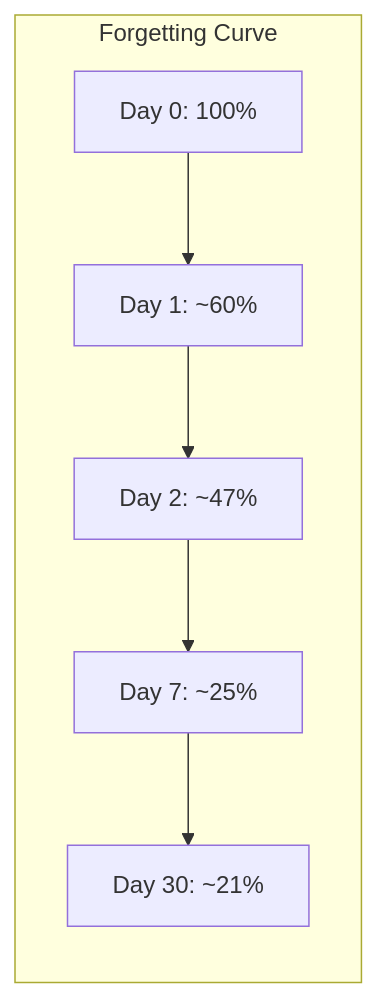
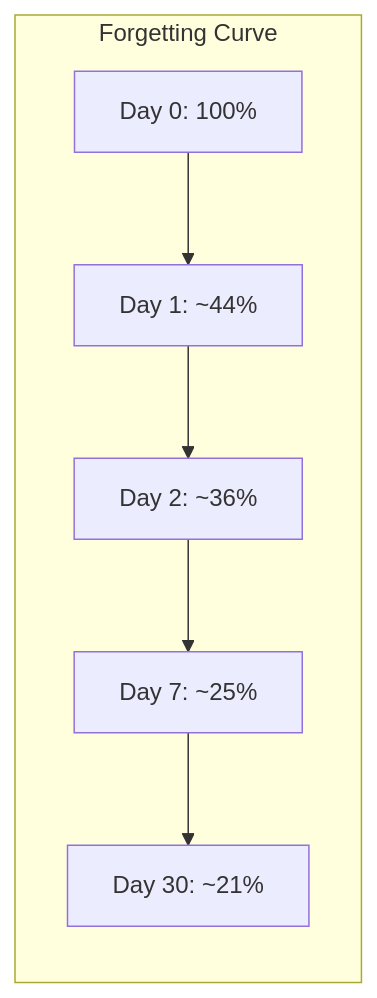
The second of 3 diagrams in learning-theories/modules/04-forgetting-curve/lesson.md (adamaiken89/course-content), drawn with Mermaid before and after one commit. The commit also changed other lines of this file and 126 other files, not shown here.

````diff
--- a/learning-theories/modules/04-forgetting-curve/lesson.md
+++ b/learning-theories/modules/04-forgetting-curve/lesson.md
@@ -43,15 +43,15 @@
 ```mermaid
 graph LR
     subgraph "Forgetting Curve"
         direction TB
         T0[Day 0: 100%]
-        T1[Day 1: ~60%]
-        T2[Day 2: ~47%]
+        T1[Day 1: ~44%]
+        T2[Day 2: ~36%]
         T7[Day 7: ~25%]
         T30[Day 30: ~21%]
     end
     T0 --> T1
     T1 --> T2
     T2 --> T7
     T7 --> T30
 ```
````
